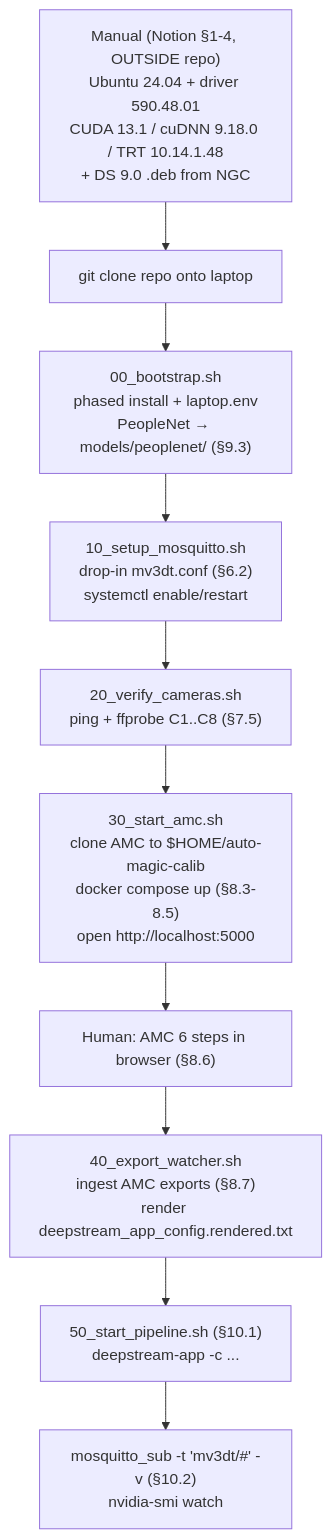
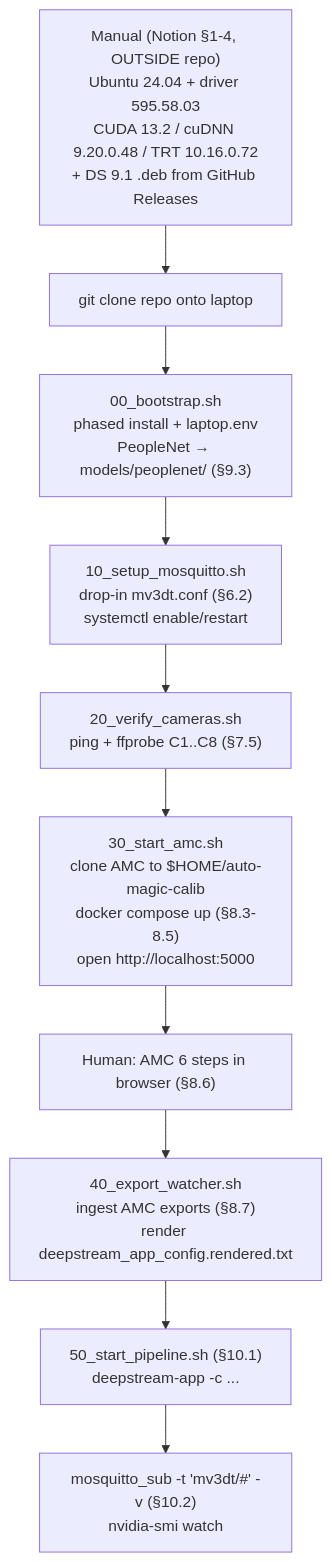
Before and after one commit to KevinTTO5/P2BP-25_26-Hardware_Test: the diagram in laptop/docs/SCRIPTED-WORKFLOW.md, drawn with Mermaid. The commit also changed other lines of this file and 13 other files, not shown here.

````diff
--- a/laptop/docs/SCRIPTED-WORKFLOW.md
+++ b/laptop/docs/SCRIPTED-WORKFLOW.md
@@ -70,12 +78,12 @@
 ```mermaid
 flowchart TD
-  N1["Manual (Notion §1-4, OUTSIDE repo)<br/>Ubuntu 24.04 + driver 590.48.01<br/>CUDA 13.1 / cuDNN 9.18.0 / TRT 10.14.1.48<br/>+ DS 9.0 .deb from NGC"] --> C["git clone repo onto laptop"]
+  N1["Manual (Notion §1-4, OUTSIDE repo)<br/>Ubuntu 24.04 + driver 595.58.03<br/>CUDA 13.2 / cuDNN 9.20.0.48 / TRT 10.16.0.72<br/>+ DS 9.1 .deb from GitHub Releases"] --> C["git clone repo onto laptop"]
   C --> B["00_bootstrap.sh<br/>phased install + laptop.env<br/>PeopleNet → models/peoplenet/ (§9.3)"]
   B --> M["10_setup_mosquitto.sh<br/>drop-in mv3dt.conf (§6.2)<br/>systemctl enable/restart"]
   M --> V["20_verify_cameras.sh<br/>ping + ffprobe C1..C8 (§7.5)"]
   V --> A["30_start_amc.sh<br/>clone AMC to $HOME/auto-magic-calib<br/>docker compose up (§8.3-8.5)<br/>open http://localhost:5000"]
   A --> H["Human: AMC 6 steps in browser (§8.6)"]
   H --> W["40_export_watcher.sh<br/>ingest AMC exports (§8.7)<br/>render deepstream_app_config.rendered.txt"]
   W --> P["50_start_pipeline.sh (§10.1)<br/>deepstream-app -c ..."]
   P --> S["mosquitto_sub -t 'mv3dt/#' -v (§10.2)<br/>nvidia-smi watch"]
 ```
````
